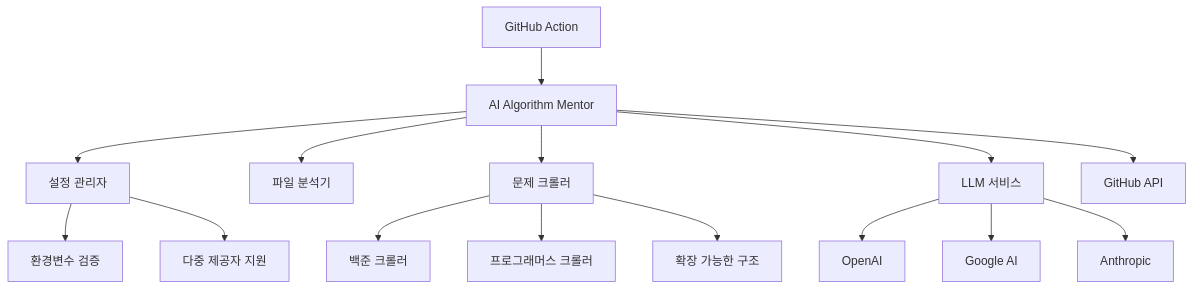
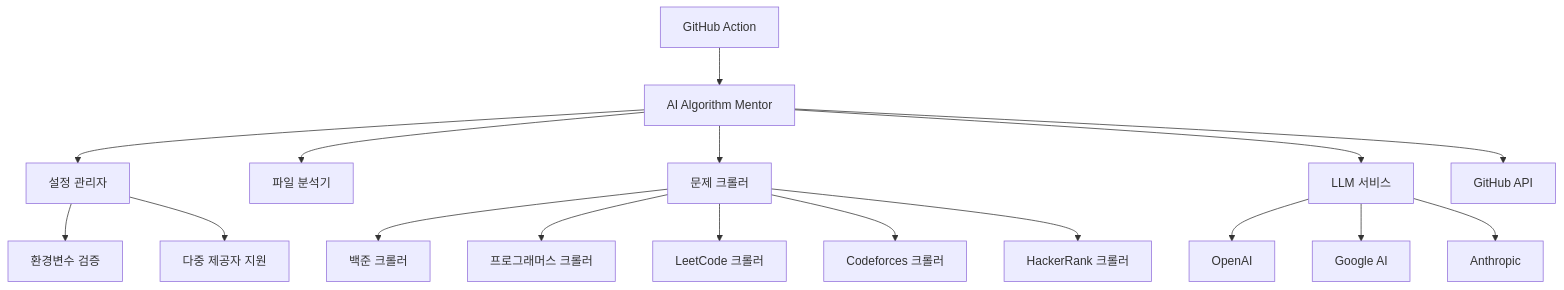
The diagram in README.md (actions-marketplace-validations/choam2426_AI-Algorithm-Mentor), drawn with Mermaid before and after one commit. The commit also changed other lines of this file and 1 other file, not shown here.

````diff
--- a/README.md
+++ b/README.md
@@ -146,20 +142,22 @@
 ```mermaid
 graph TD
     A[GitHub Action] --> B[AI Algorithm Mentor]
     B --> C[설정 관리자]
     B --> D[파일 분석기]
     B --> E[문제 크롤러]
     B --> F[LLM 서비스]
     B --> G[GitHub API]
     
     C --> C1[환경변수 검증]
     C --> C2[다중 제공자 지원]
     
     E --> E1[백준 크롤러]
     E --> E2[프로그래머스 크롤러]
-    E --> E3[확장 가능한 구조]
+    E --> E3[LeetCode 크롤러]
+    E --> E4[Codeforces 크롤러]
+    E --> E5[HackerRank 크롤러]
     
     F --> F1[OpenAI]
     F --> F2[Google AI]
     F --> F3[Anthropic]
 ```
````
